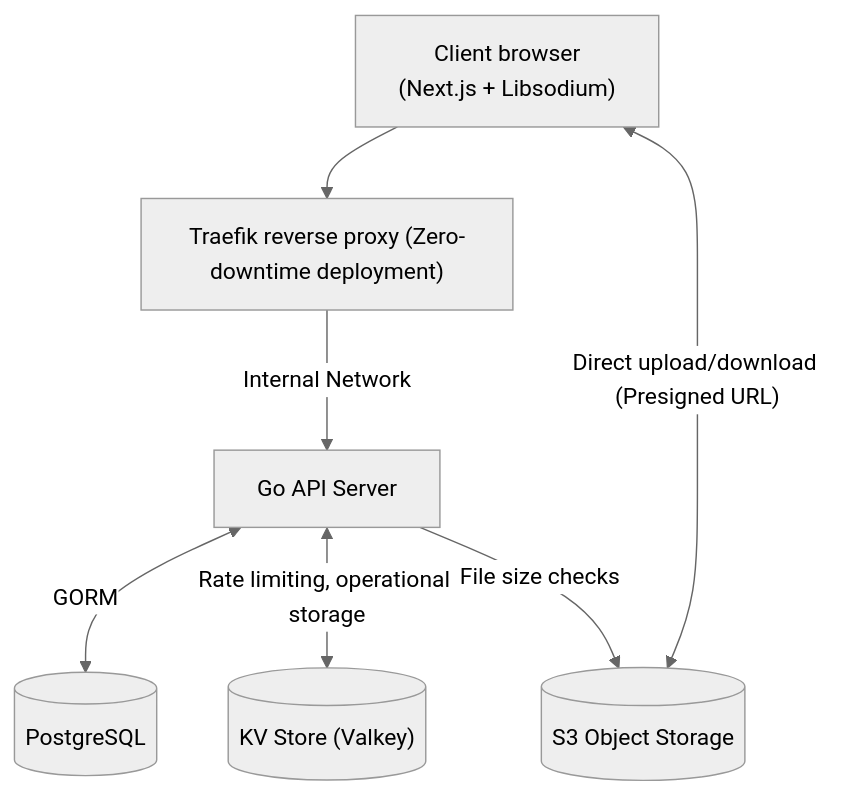
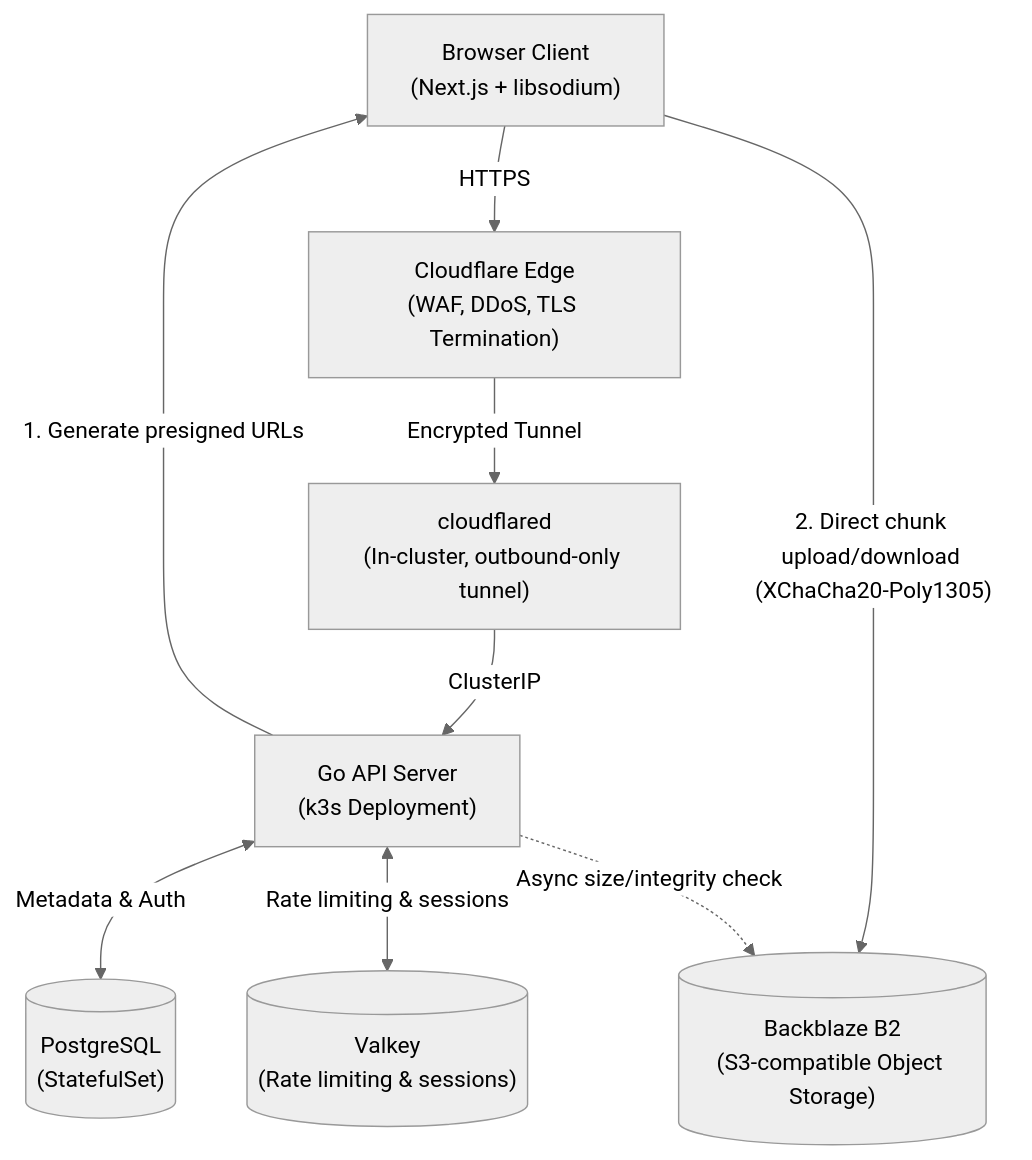
Before and after one commit to Jacobinoo/quartz-drive: the diagram in README.md, drawn with Mermaid (neutral theme). The commit also changed other lines of this file and 4 other files, not shown here.

````diff
--- a/README.md
+++ b/README.md
@@ -59,16 +58,19 @@
 ```mermaid
 graph TD
-    Client["Client browser<br/>(Next.js + Libsodium)"]
-    Traefik["Traefik reverse proxy (Zero-downtime deployment)"]
-    Server["Go API Server"]
-    DB[(PostgreSQL)]
-    KV[("KV Store (Valkey)")]
-    S3[(S3 Object Storage)]
+    Client["Browser Client<br/>(Next.js + libsodium)"]
+    CF["Cloudflare Edge<br/>(WAF, DDoS, TLS Termination)"]
+    Tunnel["cloudflared<br/>(In-cluster, outbound-only tunnel)"]
+    API["Go API Server<br/>(k3s Deployment)"]
+    DB[("PostgreSQL<br/>(StatefulSet)")]
+    KV[("Valkey<br/>(Rate limiting & sessions)")]
+    B2[("Backblaze B2<br/>(S3-compatible Object Storage)")]
 
-    Client --> Traefik
-    Traefik -->|Internal Network| Server
-    Server <-->|GORM| DB
-    Server <-->|Rate limiting, operational storage| KV
-    Client <-->|"Direct upload/download (Presigned URL)"| S3
-    Server --> |File size checks|S3
+    Client -->|HTTPS| CF
+    CF -->|Encrypted Tunnel| Tunnel
+    Tunnel -->|ClusterIP| API
+    API <-->|Metadata & Auth| DB
+    API <-->|Rate limiting & sessions| KV
+    API -->|1. Generate presigned URLs| Client
+    Client -->|"2. Direct chunk upload/download (XChaCha20-Poly1305)"| B2
+    API -.->|Async size/integrity check| B2
 ```
````
